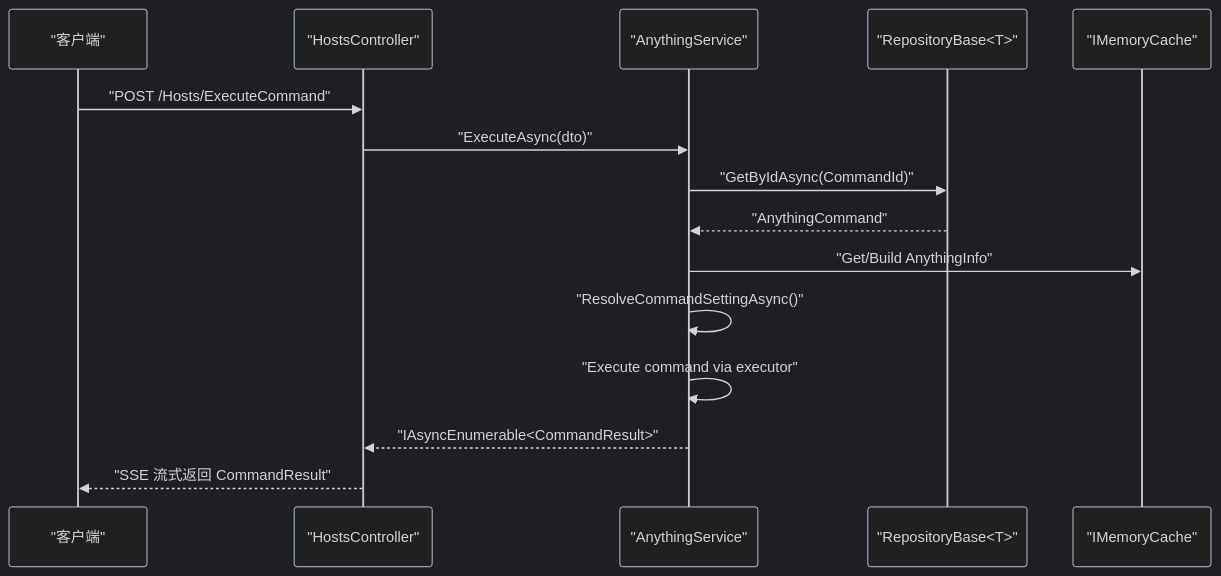
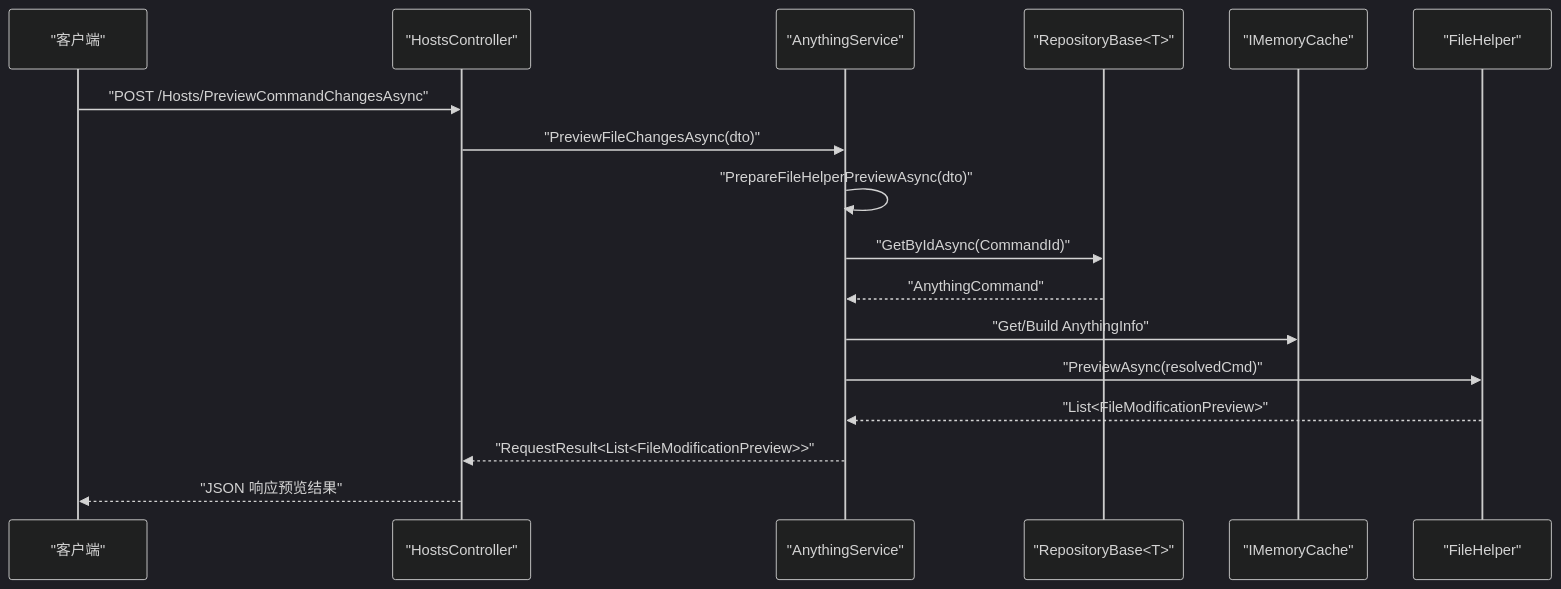
The second of 8 diagrams in .qoder/repowiki/zh/content/项目概述/核心特性/远程主机管理/控制器集成接口.md (Sosososolong/AirGo), drawn with Mermaid (dark theme) before and after one commit. The commit also changed other lines of this file and 12 other files, not shown here.

````diff
--- a/.qoder/repowiki/zh/content/项目概述/核心特性/远程主机管理/控制器集成接口.md
+++ b/.qoder/repowiki/zh/content/项目概述/核心特性/远程主机管理/控制器集成接口.md
@@ -114,17 +140,19 @@
 ```mermaid
 sequenceDiagram
 participant Client as "客户端"
 participant Ctrl as "HostsController"
 participant Svc as "AnythingService"
 participant Repo as "RepositoryBase<T>"
 participant Cache as "IMemoryCache"
-Client->>Ctrl : "POST /Hosts/ExecuteCommand"
-Ctrl->>Svc : "ExecuteAsync(dto)"
+participant Helper as "FileHelper"
+Client->>Ctrl : "POST /Hosts/PreviewCommandChangesAsync"
+Ctrl->>Svc : "PreviewFileChangesAsync(dto)"
+Svc->>Svc : "PrepareFileHelperPreviewAsync(dto)"
 Svc->>Repo : "GetByIdAsync(CommandId)"
 Repo-->>Svc : "AnythingCommand"
 Svc->>Cache : "Get/Build AnythingInfo"
-Svc->>Svc : "ResolveCommandSettingAsync()"
-Svc->>Svc : "Execute command via executor"
-Svc-->>Ctrl : "IAsyncEnumerable<CommandResult>"
-Ctrl-->>Client : "SSE 流式返回 CommandResult"
+Svc->>Helper : "PreviewAsync(resolvedCmd)"
+Helper-->>Svc : "List<FileModificationPreview>"
+Svc-->>Ctrl : "RequestResult<List<FileModificationPreview>>"
+Ctrl-->>Client : "JSON 响应预览结果"
 ```
````
